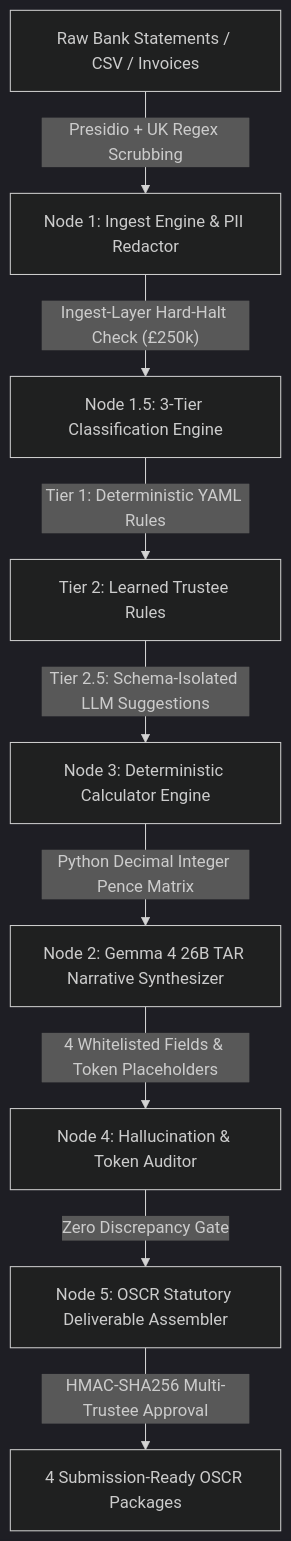
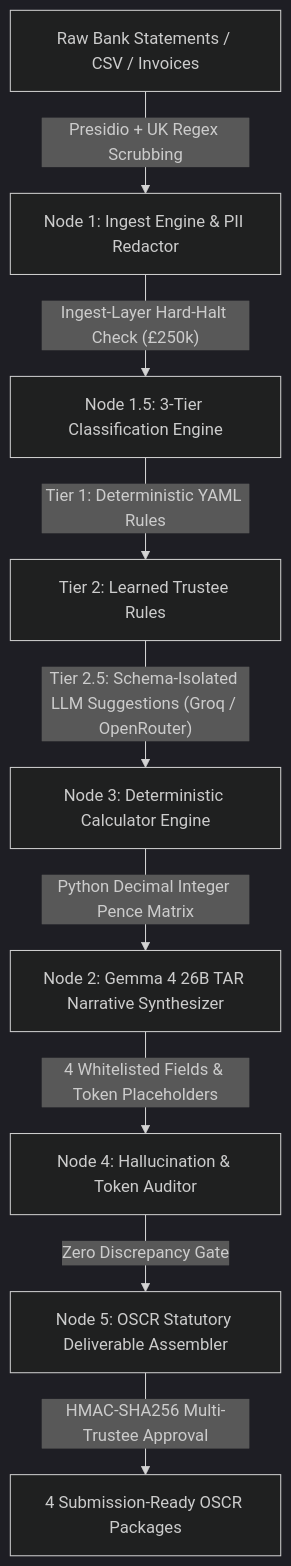
Before and after one commit to saxrael/beacon_compliance: the diagram in README.md, drawn with Mermaid (dark theme). The commit also changed other lines of this file and 3 other files, not shown here.

Commit message:
feat(core): align OpenRouter model slugs, enhance reasoning streaming, and update master documentation

````diff
--- a/README.md
+++ b/README.md
@@ -47,11 +47,11 @@
 ```mermaid
 graph TD
     A["Raw Bank Statements / CSV / Invoices"] -->|"Presidio + UK Regex Scrubbing"| B["Node 1: Ingest Engine & PII Redactor"]
     B -->|"Ingest-Layer Hard-Halt Check (£250k)"| C["Node 1.5: 3-Tier Classification Engine"]
     C -->|"Tier 1: Deterministic YAML Rules"| D["Tier 2: Learned Trustee Rules"]
-    D -->|"Tier 2.5: Schema-Isolated LLM Suggestions"| E["Node 3: Deterministic Calculator Engine"]
+    D -->|"Tier 2.5: Schema-Isolated LLM Suggestions (Groq / OpenRouter)"| E["Node 3: Deterministic Calculator Engine"]
     E -->|"Python Decimal Integer Pence Matrix"| F["Node 2: Gemma 4 26B TAR Narrative Synthesizer"]
     F -->|"4 Whitelisted Fields & Token Placeholders"| G["Node 4: Hallucination & Token Auditor"]
     G -->|"Zero Discrepancy Gate"| H["Node 5: OSCR Statutory Deliverable Assembler"]
     H -->|"HMAC-SHA256 Multi-Trustee Approval"| I["4 Submission-Ready OSCR Packages"]
 ```
````
